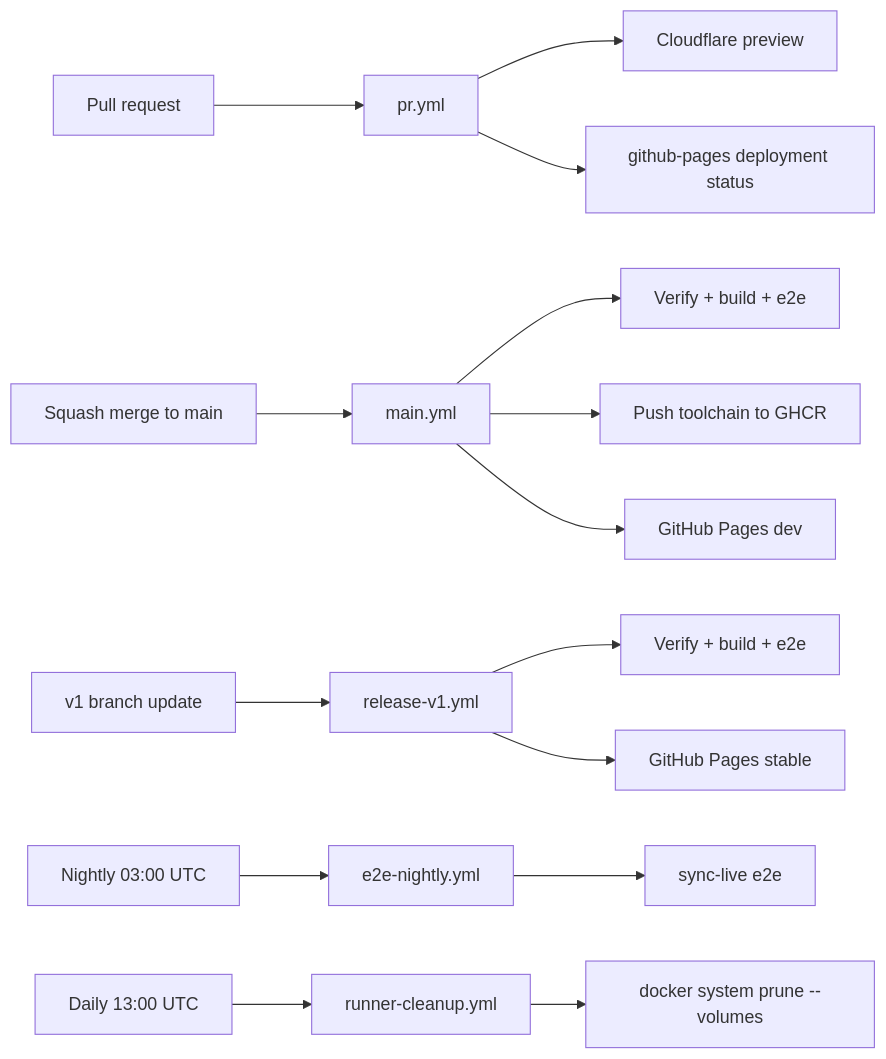
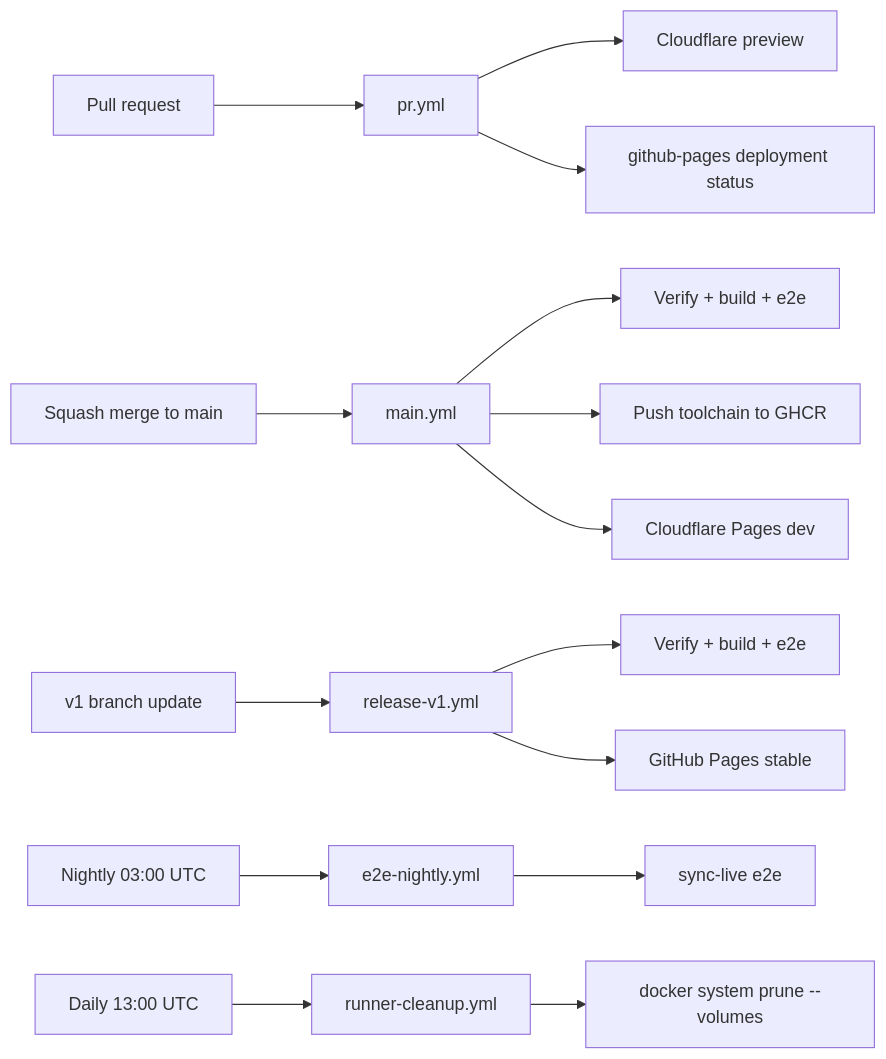
The diagram in .cortex/workflows/ci-pipeline.md (meta-secret/nook), drawn with Mermaid before and after one commit. The commit also changed other lines of this file and 5 other files, not shown here.

Commit message:
Deploy dev channel through Cloudflare

````diff
--- a/.cortex/workflows/ci-pipeline.md
+++ b/.cortex/workflows/ci-pipeline.md
@@ -16,21 +16,21 @@
 ```mermaid
 flowchart LR
   PR[Pull request] --> pr_yml[pr.yml]
   pr_yml --> preview[Cloudflare preview]
   pr_yml --> pr_deployment[github-pages deployment status]
 
   merge[Squash merge to main] --> main_yml[main.yml]
   main_yml --> main_verify[Verify + build + e2e]
   main_yml --> toolchain_push[Push toolchain to GHCR]
-  main_yml --> pages_dev[GitHub Pages dev]
+  main_yml --> cf_dev[Cloudflare Pages dev]
 
   release[v1 branch update] --> release_yml[release-v1.yml]
   release_yml --> release_verify[Verify + build + e2e]
   release_yml --> pages[GitHub Pages stable]
 
   cron[Nightly 03:00 UTC] --> nightly[e2e-nightly.yml]
   nightly --> e2e_live[sync-live e2e]
 
   cleanup_cron[Daily 13:00 UTC] --> cleanup[runner-cleanup.yml]
   cleanup --> docker_prune["docker system prune --volumes"]
 ```
````
